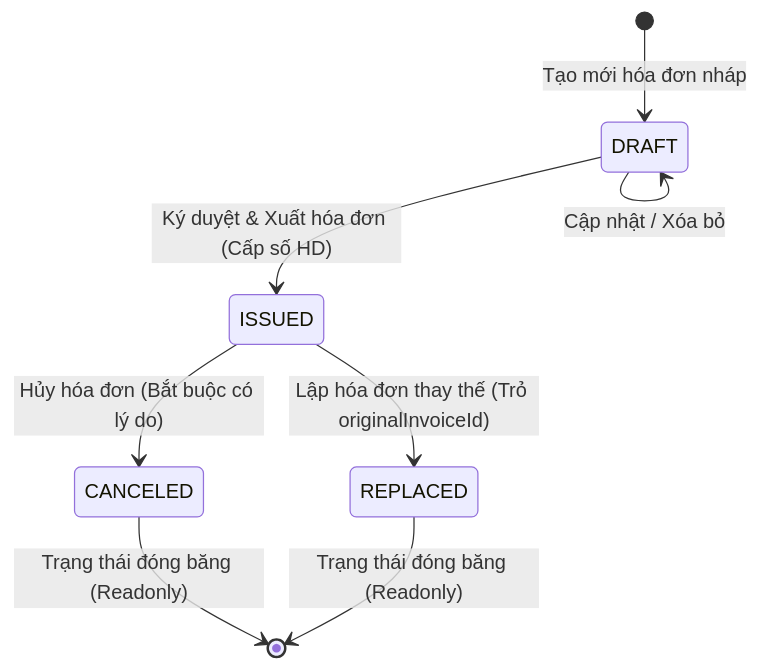
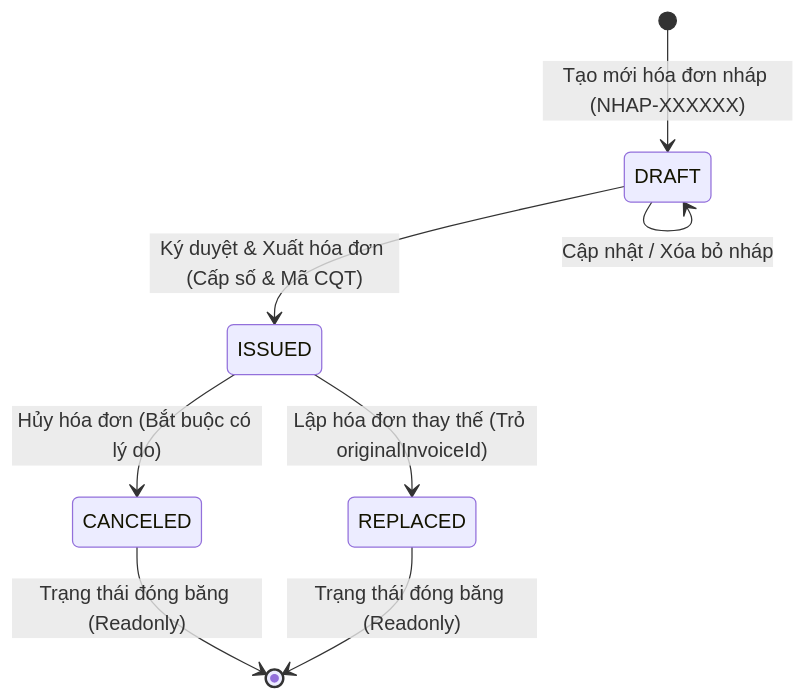
The diagram in README.md (tdhuy2k5/InvoicesManagement), drawn with Mermaid before and after one commit. The commit also changed other lines of this file, not shown here.

````diff
--- a/README.md
+++ b/README.md
@@ -74,10 +110,10 @@
 ```mermaid
 stateDiagram-v2
-    [*] --> DRAFT : Tạo mới hóa đơn nháp
-    DRAFT --> DRAFT : Cập nhật / Xóa bỏ
-    DRAFT --> ISSUED : Ký duyệt & Xuất hóa đơn (Cấp số HD)
+    [*] --> DRAFT : Tạo mới hóa đơn nháp (NHAP-XXXXXX)
+    DRAFT --> DRAFT : Cập nhật / Xóa bỏ nháp
+    DRAFT --> ISSUED : Ký duyệt & Xuất hóa đơn (Cấp số & Mã CQT)
     ISSUED --> CANCELED : Hủy hóa đơn (Bắt buộc có lý do)
     ISSUED --> REPLACED : Lập hóa đơn thay thế (Trỏ originalInvoiceId)
     CANCELED --> [*] : Trạng thái đóng băng (Readonly)
     REPLACED --> [*] : Trạng thái đóng băng (Readonly)
 ```
````
